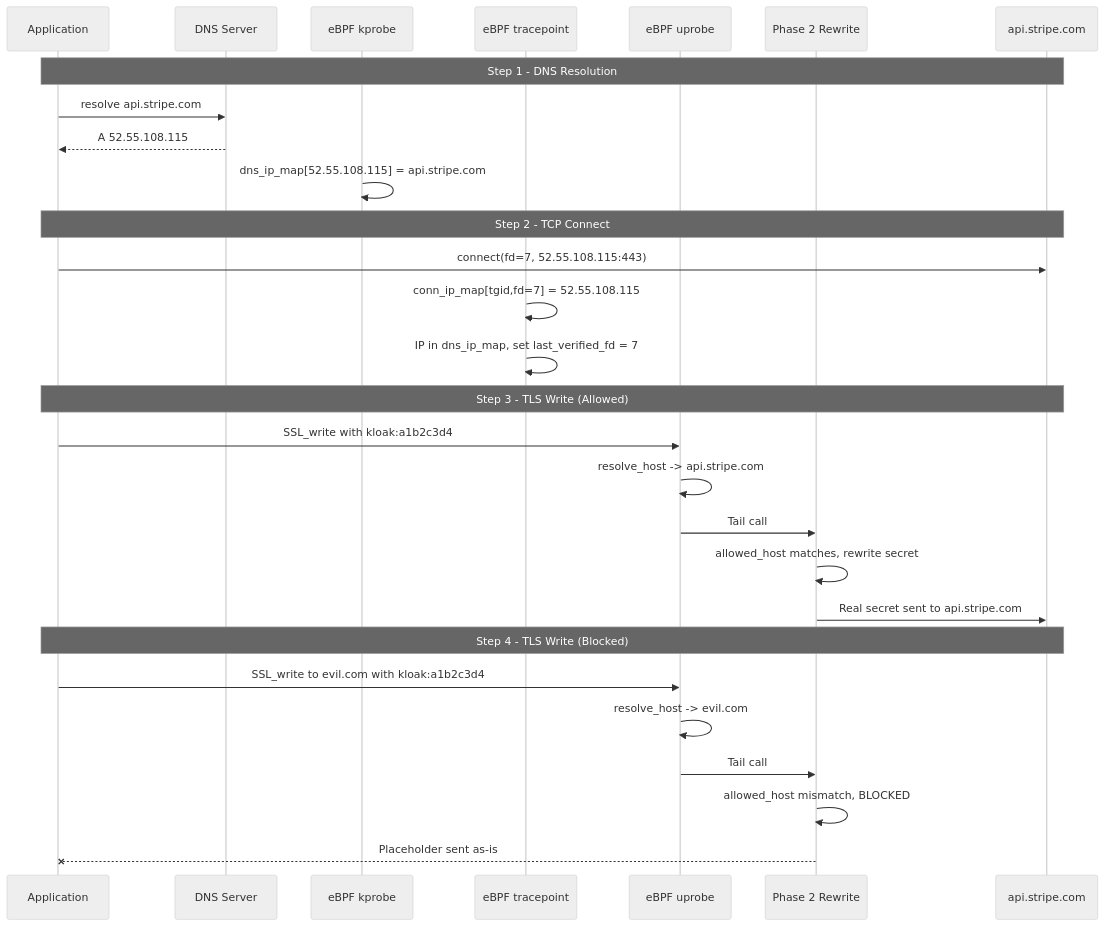
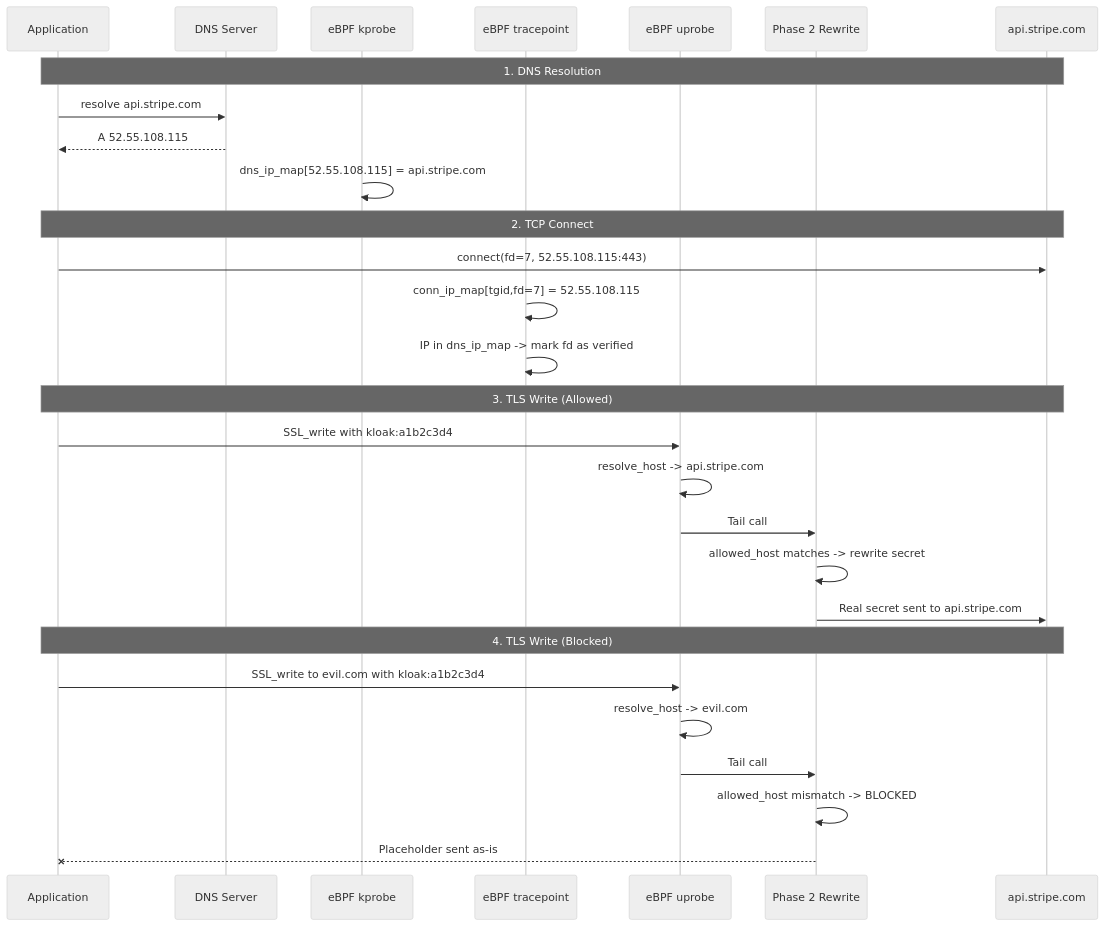
One commit to spinningfactory/kloak changed the second of 2 diagrams in README.md. Above: the diagram before and after it, drawn with Mermaid (neutral theme). The commit also changed other lines of this file, not shown here.

First line of the commit message:
docs: update README to reflect current architecture and features

````diff
--- a/README.md
+++ b/README.md
@@ -81,34 +90,34 @@
 ```mermaid
 sequenceDiagram
     participant App as Application
     participant DNS as DNS Server
     participant KP as eBPF kprobe
     participant TP as eBPF tracepoint
     participant UP as eBPF uprobe
     participant P2 as Phase 2 Rewrite
     participant Srv as api.stripe.com
 
-    Note over App,Srv: Step 1 - DNS Resolution
+    Note over App,Srv: 1. DNS Resolution
     App->>DNS: resolve api.stripe.com
     DNS-->>App: A 52.55.108.115
     KP->>KP: dns_ip_map[52.55.108.115] = api.stripe.com
 
-    Note over App,Srv: Step 2 - TCP Connect
+    Note over App,Srv: 2. TCP Connect
     App->>Srv: connect(fd=7, 52.55.108.115:443)
     TP->>TP: conn_ip_map[tgid,fd=7] = 52.55.108.115
-    TP->>TP: IP in dns_ip_map, set last_verified_fd = 7
+    TP->>TP: IP in dns_ip_map -> mark fd as verified
 
-    Note over App,Srv: Step 3 - TLS Write (Allowed)
+    Note over App,Srv: 3. TLS Write (Allowed)
     App->>UP: SSL_write with kloak:a1b2c3d4
     UP->>UP: resolve_host -> api.stripe.com
     UP->>P2: Tail call
-    P2->>P2: allowed_host matches, rewrite secret
+    P2->>P2: allowed_host matches -> rewrite secret
     P2->>Srv: Real secret sent to api.stripe.com
 
-    Note over App,Srv: Step 4 - TLS Write (Blocked)
+    Note over App,Srv: 4. TLS Write (Blocked)
     App->>UP: SSL_write to evil.com with kloak:a1b2c3d4
     UP->>UP: resolve_host -> evil.com
     UP->>P2: Tail call
-    P2->>P2: allowed_host mismatch, BLOCKED
+    P2->>P2: allowed_host mismatch -> BLOCKED
     P2--xApp: Placeholder sent as-is
 ```
````
